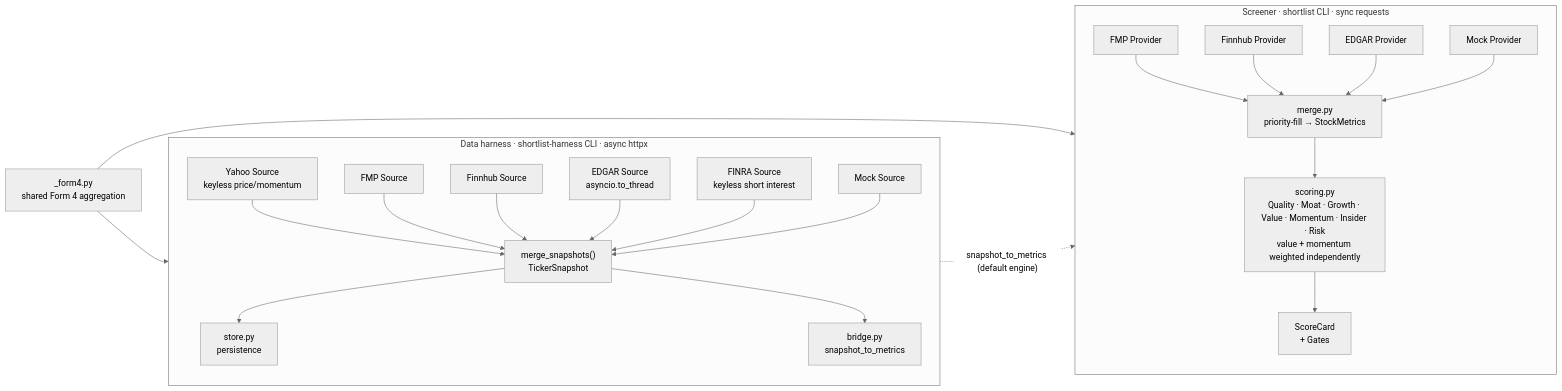
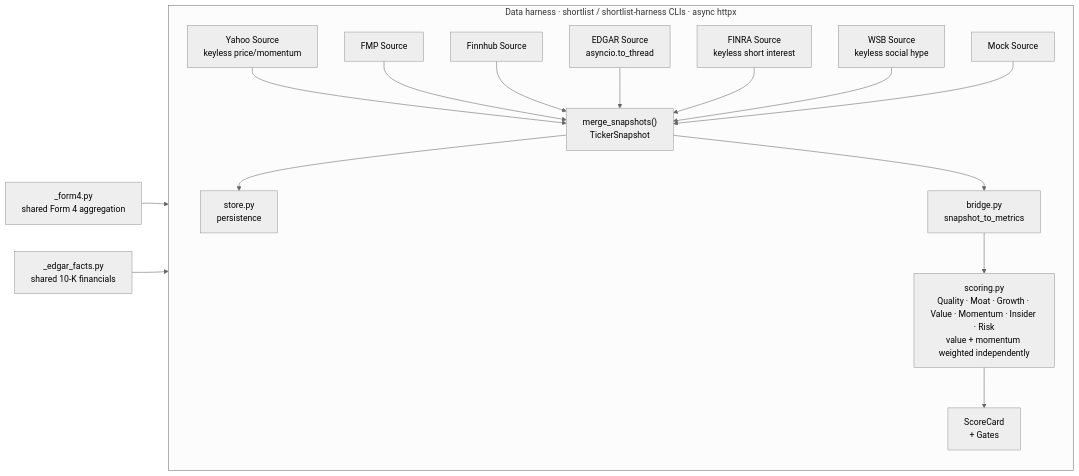
One commit to christurgeon/shortlist changed the second of 2 diagrams in README.md. Above: the diagram before and after it, drawn with Mermaid (neutral theme). The commit also changed other lines of this file and 27 other files, not shown here.

First line of the commit message:
refactor: retire the legacy screener engine (harness is the only engine)

````diff
--- a/README.md
+++ b/README.md
@@ -49,48 +49,35 @@
 ```mermaid
 flowchart LR
-    subgraph screener ["Screener  ·  shortlist CLI  ·  sync requests"]
-        direction TB
-        SP1["FMP Provider"]
-        SP2["Finnhub Provider"]
-        SP3["EDGAR Provider"]
-        SP4["Mock Provider"]
-        MG["merge.py\npriority-fill → StockMetrics"]
-        SC["scoring.py\nQuality · Moat · Growth · Value · Momentum · Insider · Risk\nvalue + momentum weighted independently"]
-        CARD["ScoreCard\n+ Gates"]
-
-        SP1 --> MG
-        SP2 --> MG
-        SP3 --> MG
-        SP4 --> MG
-        MG --> SC
-        SC --> CARD
-    end
-
-    subgraph harness ["Data harness  ·  shortlist-harness CLI  ·  async httpx"]
+    subgraph harness ["Data harness  ·  shortlist / shortlist-harness CLIs  ·  async httpx"]
         direction TB
         HS0["Yahoo Source\nkeyless price/momentum"]
         HS1["FMP Source"]
         HS2["Finnhub Source"]
         HS3["EDGAR Source\nasyncio.to_thread"]
         HS4["FINRA Source\nkeyless short interest"]
-        HS5["Mock Source"]
+        HS5["WSB Source\nkeyless social hype"]
+        HS6["Mock Source"]
         HM["merge_snapshots()\nTickerSnapshot"]
         BR["bridge.py\nsnapshot_to_metrics"]
+        SC["scoring.py\nQuality · Moat · Growth · Value · Momentum · Insider · Risk\nvalue + momentum weighted independently"]
+        CARD["ScoreCard\n+ Gates"]
         STORE["store.py\npersistence"]
 
         HS0 --> HM
         HS1 --> HM
         HS2 --> HM
         HS3 --> HM
         HS4 --> HM
         HS5 --> HM
+        HS6 --> HM
         HM --> STORE
         HM --> BR
+        BR --> SC
+        SC --> CARD
     end
 
     F4["_form4.py\nshared Form 4 aggregation"]
-    F4 --> SP3
+    EF["_edgar_facts.py\nshared 10-K financials"]
     F4 --> HS3
-
-    BR -.->|"snapshot_to_metrics (default engine)"| SC
+    EF --> HS3
 ```
````
